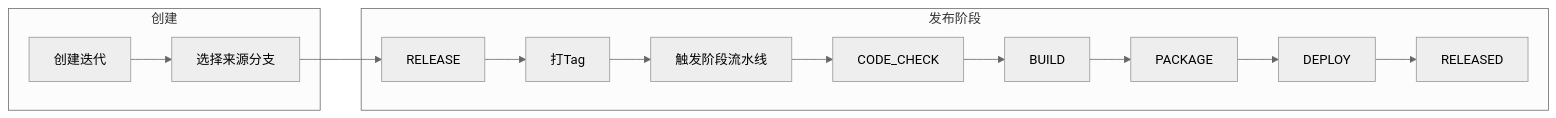
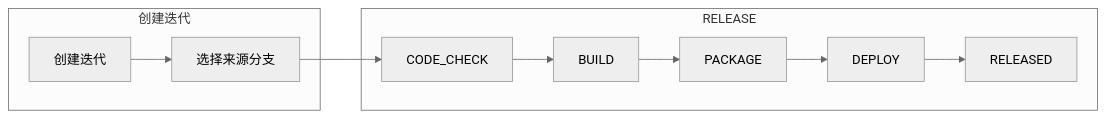
Before and after one commit to qdw497874677/high-code-doc: the third of 7 diagrams in docs/plans/procode-platform/hld/hld.md, drawn with Mermaid (neutral theme). The commit also changed other lines of this file, not shown here.

Commit message:
docs: 统一流程图节点为流水线阶段，DEPLOY异步驱动单独展示

````diff
--- a/docs/plans/procode-platform/hld/hld.md
+++ b/docs/plans/procode-platform/hld/hld.md
@@ -146,17 +134,14 @@
 ```mermaid
 flowchart LR
-    subgraph 创建
+    subgraph 创建迭代
         A1[创建迭代] --> A2[选择来源分支]
     end
 
-    subgraph 发布阶段
-        A2 --> B1[RELEASE]
-        B1 --> B2[打Tag]
-        B2 --> B3[触发阶段流水线]
-        B3 --> B4[CODE_CHECK]
-        B4 --> B5[BUILD]
-        B5 --> B6[PACKAGE]
-        B6 --> B7[DEPLOY]
-        B7 --> B8[RELEASED]
+    subgraph RELEASE
+        A2 --> B1[CODE_CHECK]
+        B1 --> B2[BUILD]
+        B2 --> B3[PACKAGE]
+        B3 --> B4[DEPLOY]
+        B4 --> B5[RELEASED]
     end
 ```
````
